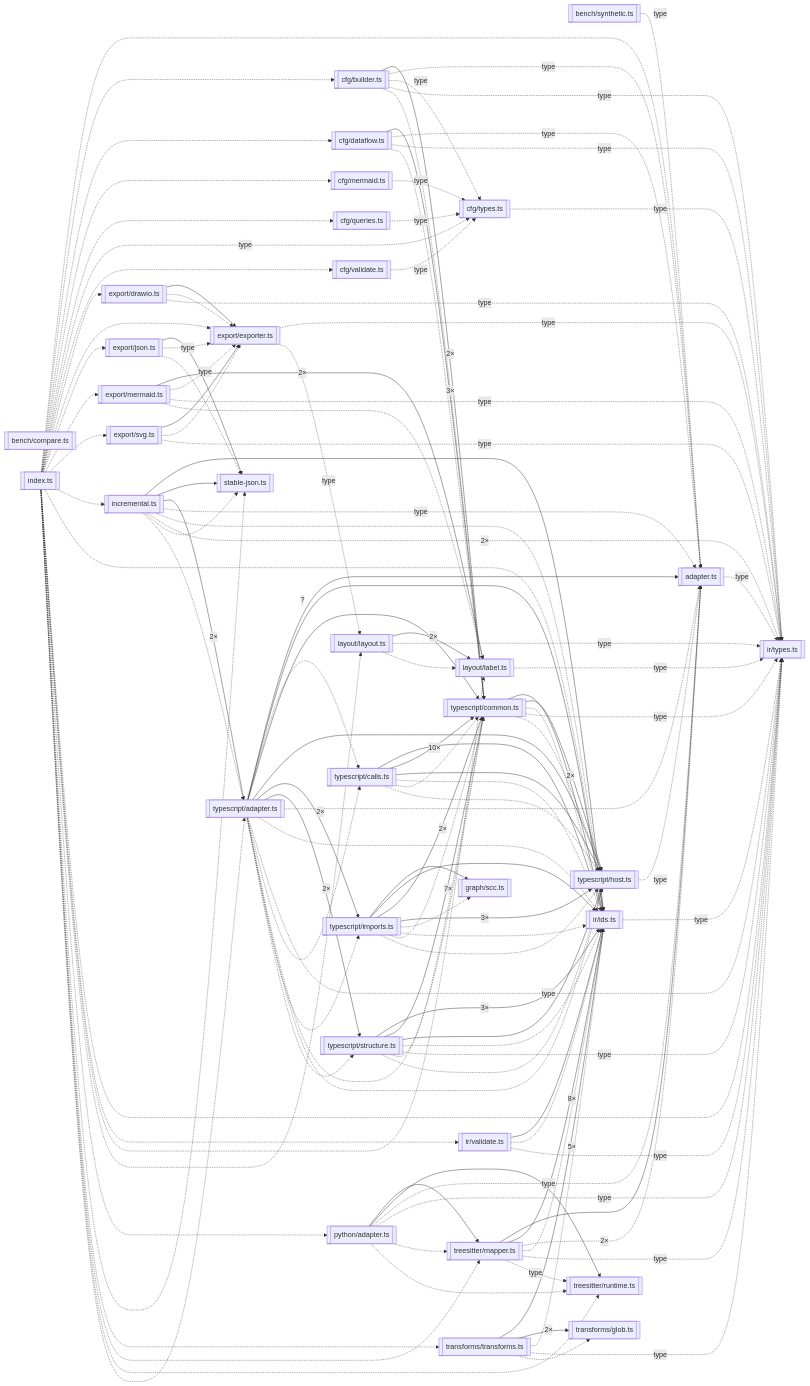
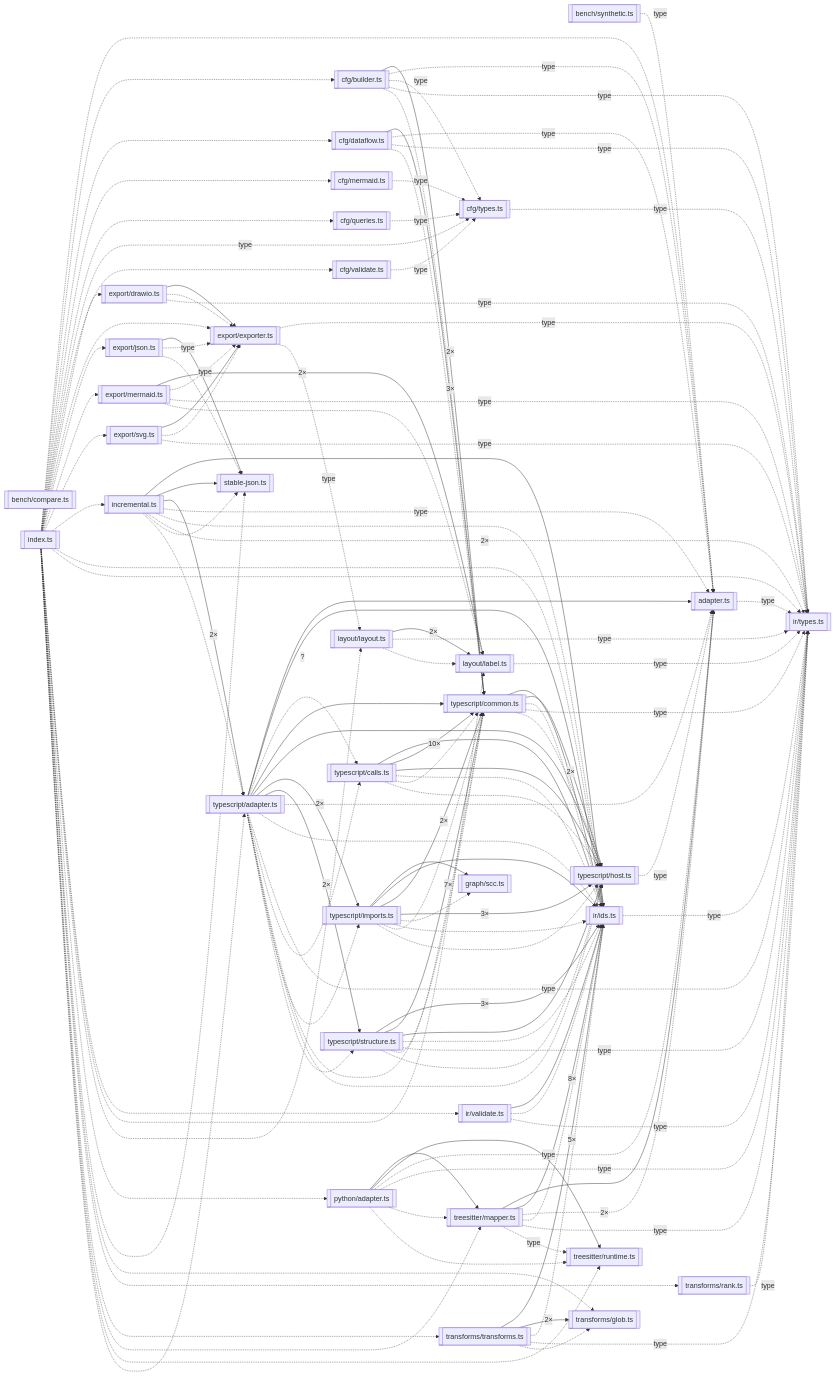
The first of 3 diagrams in docs/architecture.md (georgyia/surrounded-by-slop), drawn with Mermaid before and after one commit. The commit also changed other lines of this file and 71 other files, not shown here.

```diff
--- a/docs/architecture.md
+++ b/docs/architecture.md
@@ -66,6 +71,7 @@
   module_python_adapter_ts[["python/adapter.ts"]]
   module_stable_json_ts[["stable-json.ts"]]
   module_transforms_glob_ts[["transforms/glob.ts"]]
+  module_transforms_rank_ts[["transforms/rank.ts"]]
   module_transforms_transforms_ts[["transforms/transforms.ts"]]
   module_treesitter_mapper_ts[["treesitter/mapper.ts"]]
   module_treesitter_runtime_ts[["treesitter/runtime.ts"]]
@@ -160,6 +166,8 @@
   module_index_ts -.-> module_layout_layout_ts
   module_index_ts -.-> module_python_adapter_ts
   module_index_ts -.-> module_stable_json_ts
+  module_index_ts -.-> module_transforms_glob_ts
+  module_index_ts -.-> module_transforms_rank_ts
   module_index_ts -.-> module_transforms_transforms_ts
   module_index_ts -.-> module_treesitter_mapper_ts
   module_index_ts -.-> module_treesitter_runtime_ts
@@ -174,6 +182,7 @@
   module_python_adapter_ts -.->|"type"| module_ir_types_ts
   module_python_adapter_ts -.-> module_treesitter_mapper_ts
   module_python_adapter_ts -.-> module_treesitter_runtime_ts
+  module_transforms_rank_ts -.->|"type"| module_ir_types_ts
   module_transforms_transforms_ts -.-> module_ir_ids_ts
   module_transforms_transforms_ts -.->|"type"| module_ir_types_ts
   module_transforms_transforms_ts -.-> module_transforms_glob_ts
```
